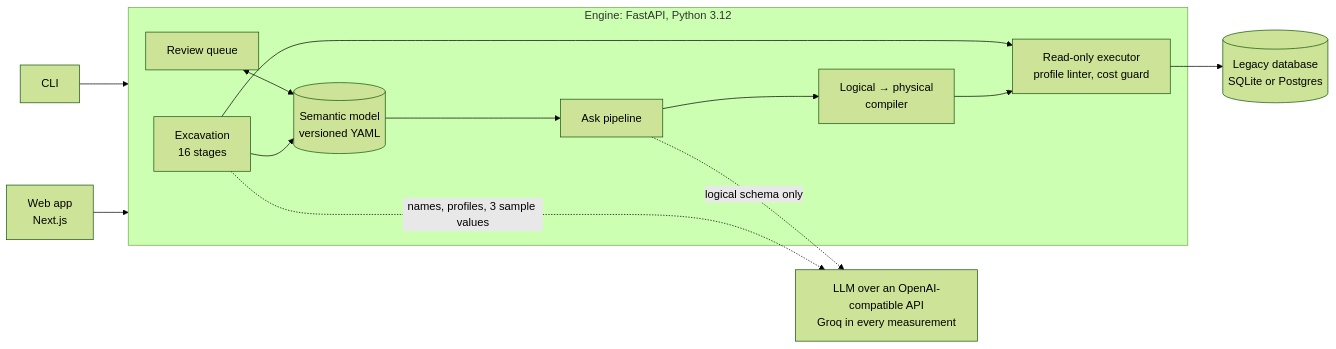
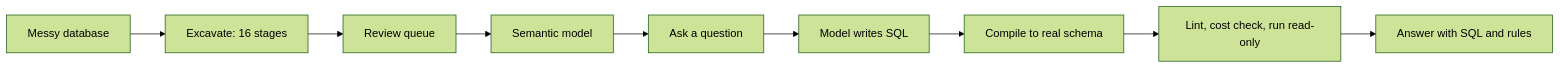
Before and after one commit to waleed-w-maqbool-m/stratum: the diagram in README.md, drawn with Mermaid (forest theme). The commit also changed other lines of this file, not shown here.

````diff
--- a/README.md
+++ b/README.md
@@ -81,25 +74,11 @@
 ```mermaid
 flowchart LR
-    web["Web app<br/>Next.js"] --> engine
-    cli["CLI"] --> engine
-
-    subgraph engine["Engine: FastAPI, Python 3.12"]
-        excavate["Excavation<br/>16 stages"]
-        model[("Semantic model<br/>versioned YAML")]
-        review["Review queue"]
-        ask["Ask pipeline"]
-        compiler["Logical → physical<br/>compiler"]
-        guard["Read-only executor<br/>profile linter, cost guard"]
-    end
-
-    llm["LLM over an OpenAI-compatible API<br/>Groq in every measurement"]
-    db[("Legacy database<br/>SQLite or Postgres")]
-
-    excavate --> model
-    review <--> model
-    model --> ask
-    ask --> compiler --> guard --> db
-    excavate --> guard
-    excavate -.->|"names, profiles, 3 sample values"| llm
-    ask -.->|"logical schema only"| llm
+    A["Messy database"] --> B["Excavate: 16 stages"]
+    B --> C["Review queue"]
+    C --> D["Semantic model"]
+    D --> E["Ask a question"]
+    E --> F["Model writes SQL"]
+    F --> G["Compile to real schema"]
+    G --> H["Lint, cost check, run read-only"]
+    H --> I["Answer with SQL and rules"]
 ```
````
